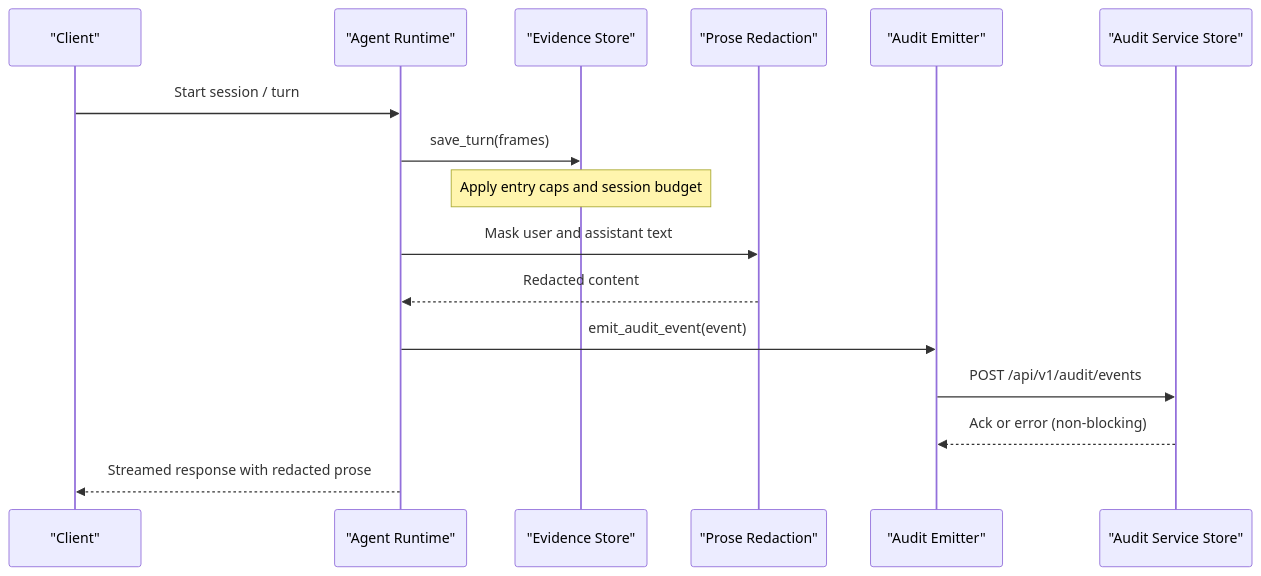
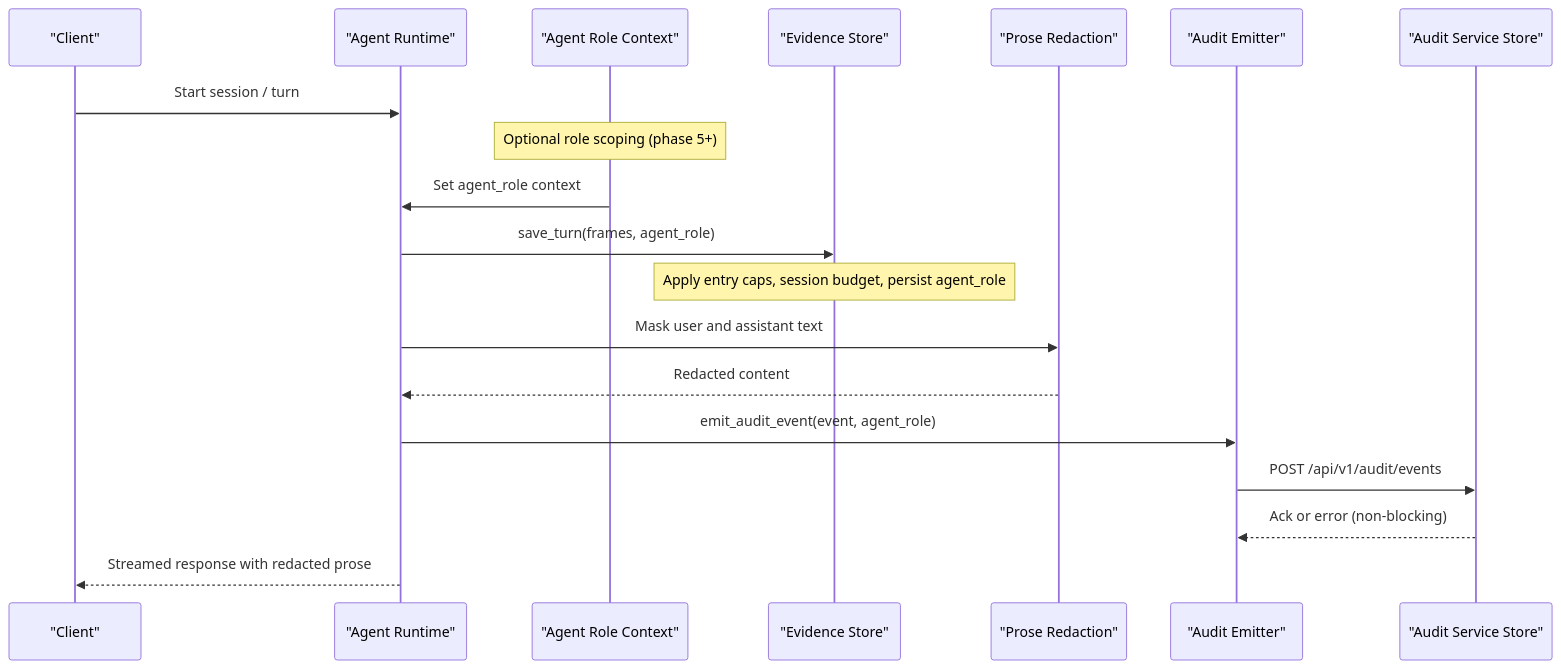
Before and after one commit to metasync/luban-aiops: the second of 12 diagrams in .qoder/repowiki/en/content/Core Services/Agent Platform/Evidence Storage and Audit Trail.md, drawn with Mermaid. The commit also changed other lines of this file and 219 other files, not shown here.

````diff
--- a/.qoder/repowiki/en/content/Core Services/Agent Platform/Evidence Storage and Audit Trail.md
+++ b/.qoder/repowiki/en/content/Core Services/Agent Platform/Evidence Storage and Audit Trail.md
@@ -103,18 +122,21 @@
 ```mermaid
 sequenceDiagram
 participant Client as "Client"
 participant Kernel as "Agent Runtime"
+participant RoleCtx as "Agent Role Context"
 participant Evidence as "Evidence Store"
 participant Redact as "Prose Redaction"
 participant Emitter as "Audit Emitter"
 participant Audit as "Audit Service Store"
 Client->>Kernel : Start session / turn
-Kernel->>Evidence : save_turn(frames)
-Note over Evidence : Apply entry caps and session budget
+Note over RoleCtx : Optional role scoping (phase 5+)
+RoleCtx->>Kernel : Set agent_role context
+Kernel->>Evidence : save_turn(frames, agent_role)
+Note over Evidence : Apply entry caps, session budget, persist agent_role
 Kernel->>Redact : Mask user and assistant text
 Redact-->>Kernel : Redacted content
-Kernel->>Emitter : emit_audit_event(event)
+Kernel->>Emitter : emit_audit_event(event, agent_role)
 Emitter->>Audit : POST /api/v1/audit/events
 Audit-->>Emitter : Ack or error (non-blocking)
 Kernel-->>Client : Streamed response with redacted prose
 ```
````
